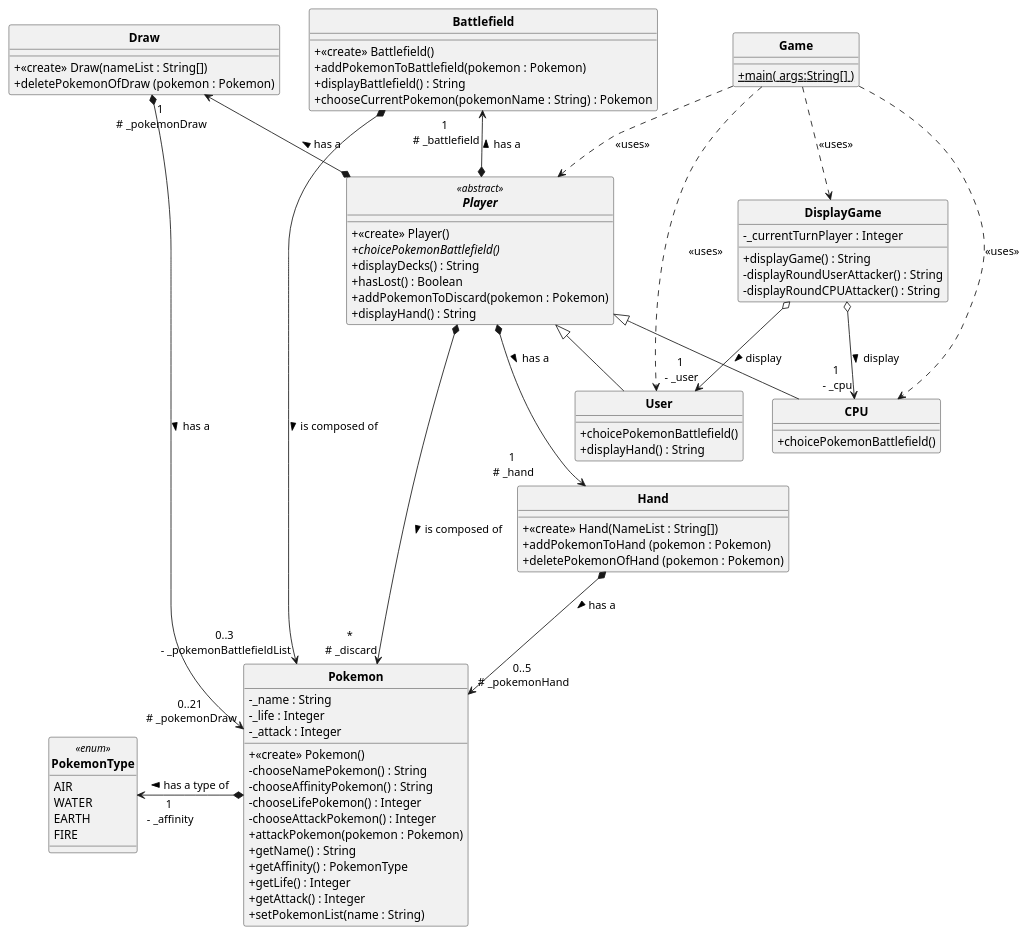
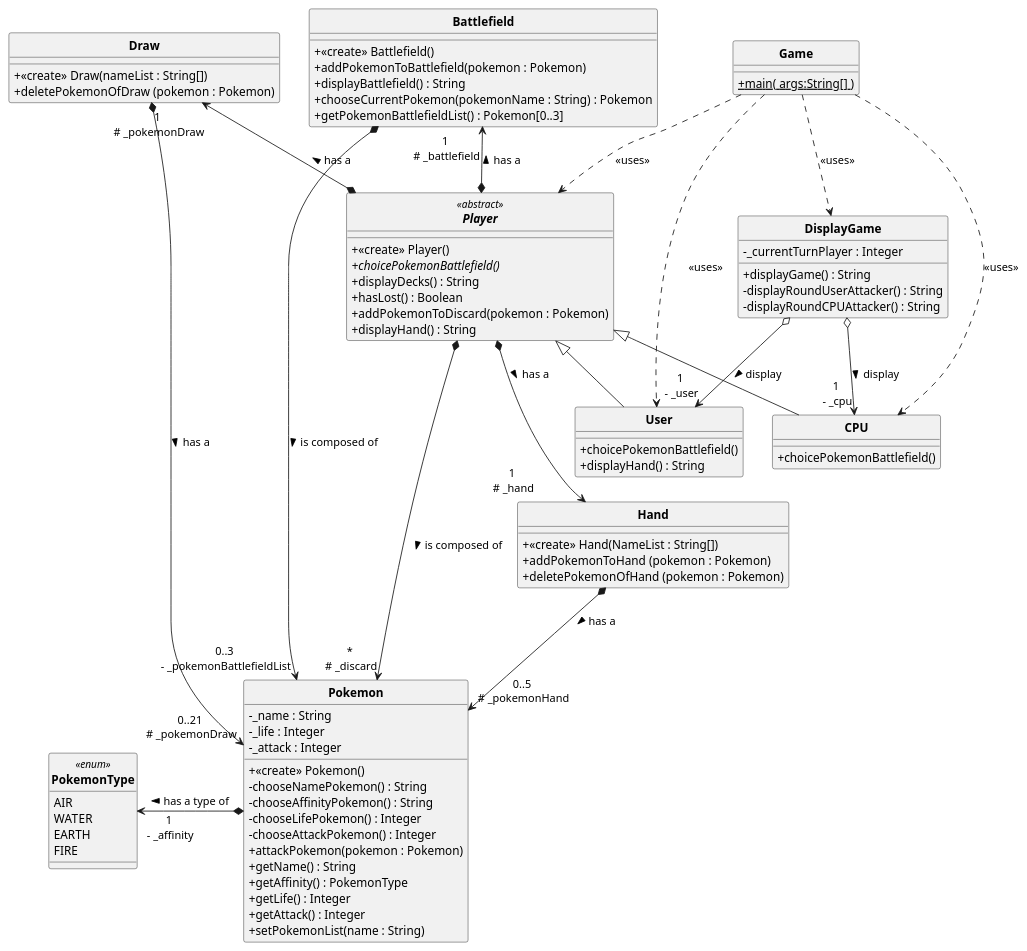
Before and after one commit to vfletschinger/Pokemon_Project: the diagram in uml/semaine1.puml, drawn with PlantUML. The commit also changed 3 other files, not shown here.

Commit message:
Ajout de la classe CPU + modif uml + adaptation code (Player, Battlefield)

```diff
--- a/uml/semaine1.puml
+++ b/uml/semaine1.puml
@@ -1,101 +1,102 @@
  @startuml
 'https://plantuml.com/sequence-diagram
 
 
 'configuration du style
 skinparam style strictuml
 skinparam classAttributeIconSize 0
 skinparam classFontStyle Bold
 
 
 class Game {
 	+ {static} main( args:String[] )
 }
 
 class Pokemon {
     - _name : String
     - _life : Integer
     - _attack : Integer
     + <<create>> Pokemon()
     - chooseNamePokemon() : String
     - chooseAffinityPokemon() : String
     - chooseLifePokemon() : Integer
     - chooseAttackPokemon() : Integer
     + attackPokemon(pokemon : Pokemon)
     + getName() : String
     + getAffinity() : PokemonType
     + getLife() : Integer
     + getAttack() : Integer
     + setPokemonList(name : String)
 }
 
 enum PokemonType <<enum>>{
     AIR
     WATER
     EARTH
     FIRE
 }
 'On pourrait contenir cette énumération comme des "sous classes" de Pokemon'
 
 
 abstract class Player <<abstract>> {
     + <<create>> Player()
     + {abstract} choicePokemonBattlefield()
     + displayDecks() : String
     + hasLost() : Boolean
     + addPokemonToDiscard(pokemon : Pokemon)
     + displayHand() : String
 }
 
 class User extends Player {
     + choicePokemonBattlefield()
     + displayHand() : String
 }
 
 class CPU extends Player {
     + choicePokemonBattlefield()
 }
 
 class Battlefield {
     + <<create>> Battlefield()
     + addPokemonToBattlefield(pokemon : Pokemon)
     + displayBattlefield() : String
     + chooseCurrentPokemon(pokemonName : String) : Pokemon
+    + getPokemonBattlefieldList() : Pokemon[0..3]
 }
 
 class DisplayGame {
     - _currentTurnPlayer : Integer
     + displayGame() : String
     - displayRoundUserAttacker() : String
     - displayRoundCPUAttacker() : String
 }
 
 class Draw{
     +<<create>> Draw(nameList : String[])
     + deletePokemonOfDraw (pokemon : Pokemon)
 }
 
 class Hand{
     +<<create>> Hand(NameList : String[])
     + addPokemonToHand (pokemon : Pokemon)
     + deletePokemonOfHand (pokemon : Pokemon)
 }
 
 Player *-u-> "1\n # _battlefield" Battlefield : > has a
 Player *-u-> "1\n # _pokemonDraw" Draw : > has a
 Player *-d---> "*\n # _discard" Pokemon : > is composed of
 Player *--> "1\n # _hand" Hand : > has a
 Draw *--> "0..21\n # _pokemonDraw" Pokemon : > has a
 Hand *--> "0..5\n # _pokemonHand" Pokemon : > has a
 Battlefield *--> "0..3\n - _pokemonBattlefieldList" Pokemon : > is composed of
 DisplayGame o--> "1\n - _user" User : > display
 DisplayGame o--> "1\n - _cpu" CPU : > display
 Pokemon *-l-> "1\n - _affinity" PokemonType : > has a type of
 
 Game .d.> Player : <<uses>>
 Game .d.> DisplayGame : <<uses>>
 Game .d.> CPU : <<uses>>
 Game .d.> User : <<uses>>
 
 
 @enduml
```
